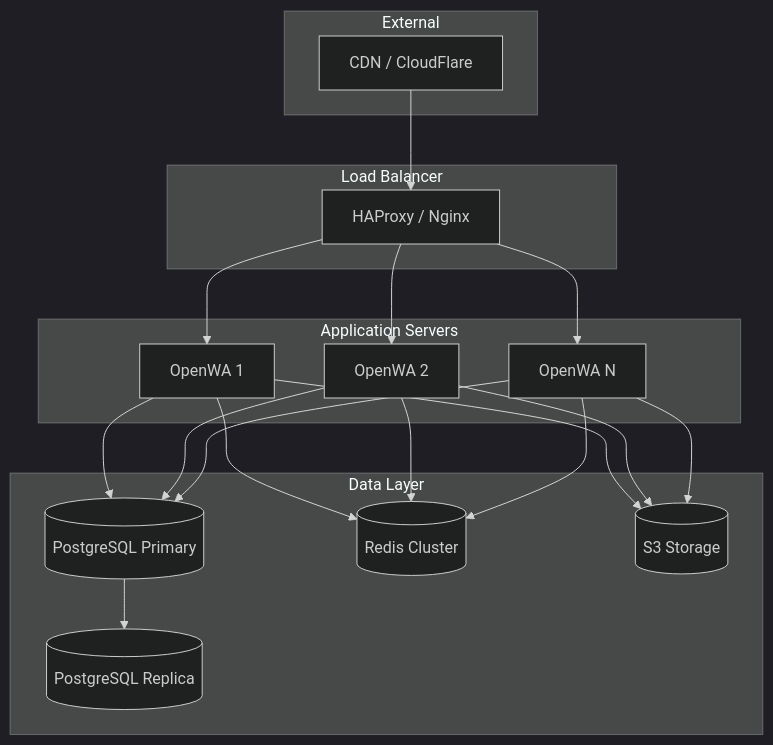
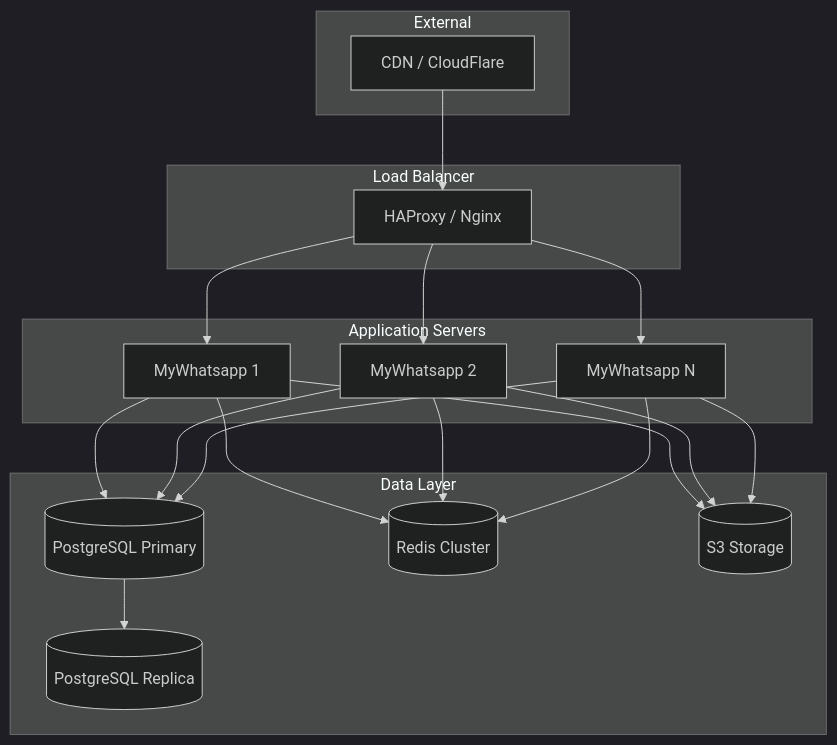
Before and after one commit to Myenum2412/whatsapptool: the third of 5 diagrams in docs/10-devops-infrastructure.md, drawn with Mermaid (dark theme). The commit also changed other lines of this file and 874 other files, not shown here.

````diff
--- a/docs/10-devops-infrastructure.md
+++ b/docs/10-devops-infrastructure.md
@@ -355,30 +355,30 @@
 ```mermaid
 flowchart TB
     subgraph External["External"]
         CDN[CDN / CloudFlare]
     end
 
     subgraph LoadBalancer["Load Balancer"]
         LB[HAProxy / Nginx]
     end
 
     subgraph AppServers["Application Servers"]
-        APP1[OpenWA 1]
-        APP2[OpenWA 2]
-        APP3[OpenWA N]
+        APP1[MyWhatsapp 1]
+        APP2[MyWhatsapp 2]
+        APP3[MyWhatsapp N]
     end
 
     subgraph DataLayer["Data Layer"]
         PG[(PostgreSQL Primary)]
         PGR[(PostgreSQL Replica)]
         RD[(Redis Cluster)]
         S3[(S3 Storage)]
     end
 
     CDN --> LB
     LB --> APP1 & APP2 & APP3
     APP1 & APP2 & APP3 --> PG
     APP1 & APP2 & APP3 --> RD
     APP1 & APP2 & APP3 --> S3
     PG --> PGR
 ```
````
